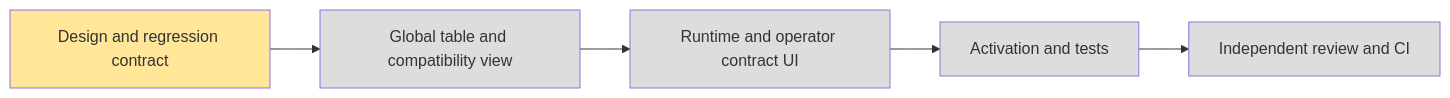
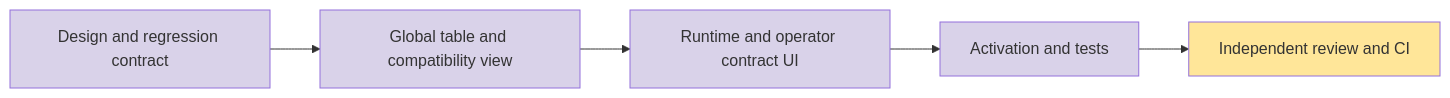
One commit to boardx/workspacex changed the diagram in docs/design/global-native-credit-tariffs-6290.md. Above: the diagram before and after it, drawn with Mermaid. The commit also changed 10 other files, not shown here.

````diff
--- a/docs/design/global-native-credit-tariffs-6290.md
+++ b/docs/design/global-native-credit-tariffs-6290.md
@@ -26,12 +26,12 @@
 ```mermaid
 flowchart LR
  A[Design and regression contract] --> B[Global table and compatibility view]
  B --> C[Runtime and operator contract UI]
  C --> D[Activation and tests]
  D --> E[Independent review and CI]
- style A fill:#ffe699
- style B fill:#ddd
- style C fill:#ddd
- style D fill:#ddd
- style E fill:#ddd
+ style A fill:#d9d2e9
+ style B fill:#d9d2e9
+ style C fill:#d9d2e9
+ style D fill:#d9d2e9
+ style E fill:#ffe699
 ```
````
